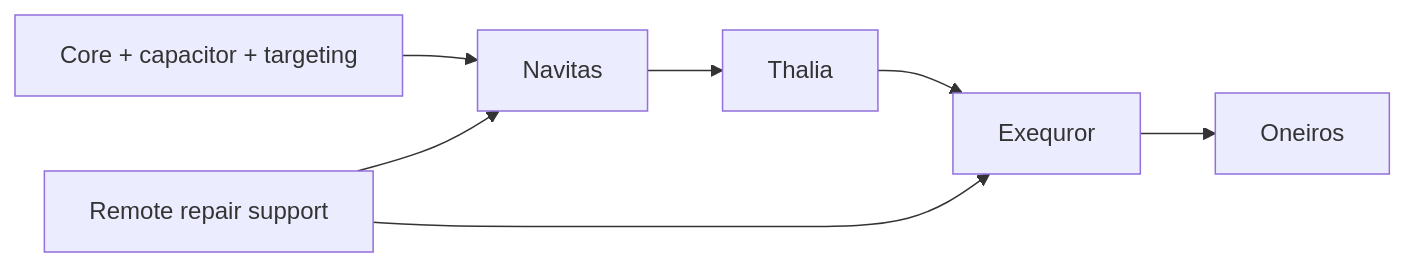
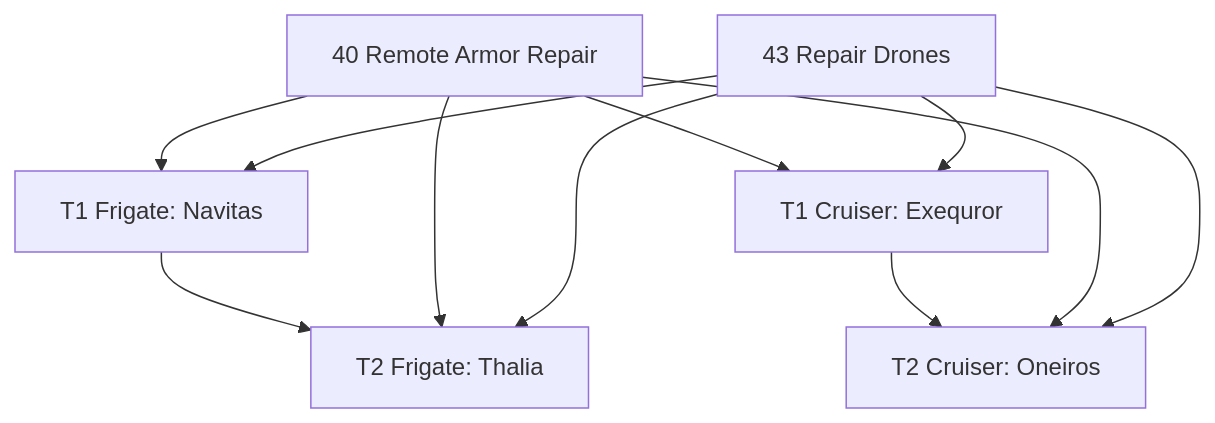
The diagram in training-paths/logistics/gallente/DIAGRAM-EN.md (Blizbor/EvE-Modular-Skillplans), drawn with Mermaid before and after one commit. The commit also changed 132 other files, not shown here.

````diff
--- a/training-paths/logistics/gallente/DIAGRAM-EN.md
+++ b/training-paths/logistics/gallente/DIAGRAM-EN.md
@@ -5,9 +5,13 @@
 ```mermaid
-flowchart LR
-    CORE[Core + capacitor + targeting] --> F1[Navitas]
-    F1 --> F2[Thalia]
-    F2 --> C1[Exequror]
-    C1 --> C2[Oneiros]
-    REP[Remote repair support] --> F1
-    REP --> C1
+flowchart TD
+    F1["T1 Frigate: Navitas"] --> F2["T2 Frigate: Thalia"]
+    C1["T1 Cruiser: Exequror"] --> C2["T2 Cruiser: Oneiros"]
+    R["40 Remote Armor Repair"] --> F1
+    R --> F2
+    R --> C1
+    R --> C2
+    D["43 Repair Drones"] --> F1
+    D --> F2
+    D --> C1
+    D --> C2
 ```
````
